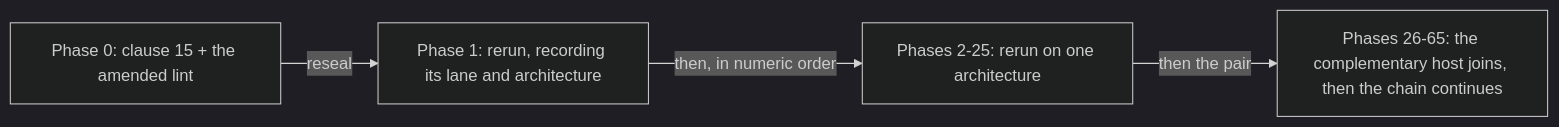
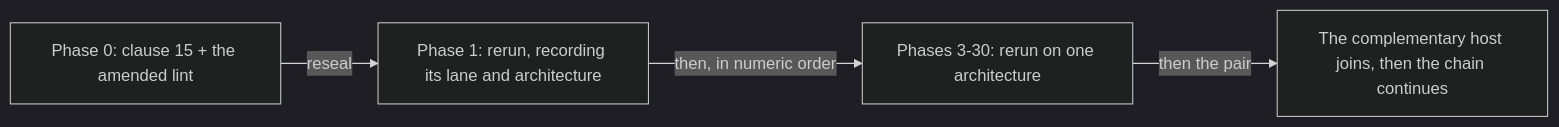
The diagram in DEVELOPMENT_PLAN/README.md (Tuee22/amoebius), drawn with Mermaid (dark theme) before and after one commit. The commit also changed other lines of this file and 323 other files, not shown here.

````diff
--- a/DEVELOPMENT_PLAN/README.md
+++ b/DEVELOPMENT_PLAN/README.md
@@ -169,7 +213,7 @@
 ```mermaid
 flowchart LR
   %% register: orientation
   p0["Phase 0: clause 15 + the amended lint"] -->|"reseal"| p1["Phase 1: rerun, recording its lane and architecture"]
-  p1 -->|"then, in numeric order"| live["Phases 2-25: rerun on one architecture"]
-  live -->|"then the pair"| pair["Phases 26-65: the complementary host joins, then the chain continues"]
+  p1 -->|"then, in numeric order"| live["Phases 3-30: rerun on one architecture"]
+  live -->|"then the pair"| pair["The complementary host joins, then the chain continues"]
 ```
````
